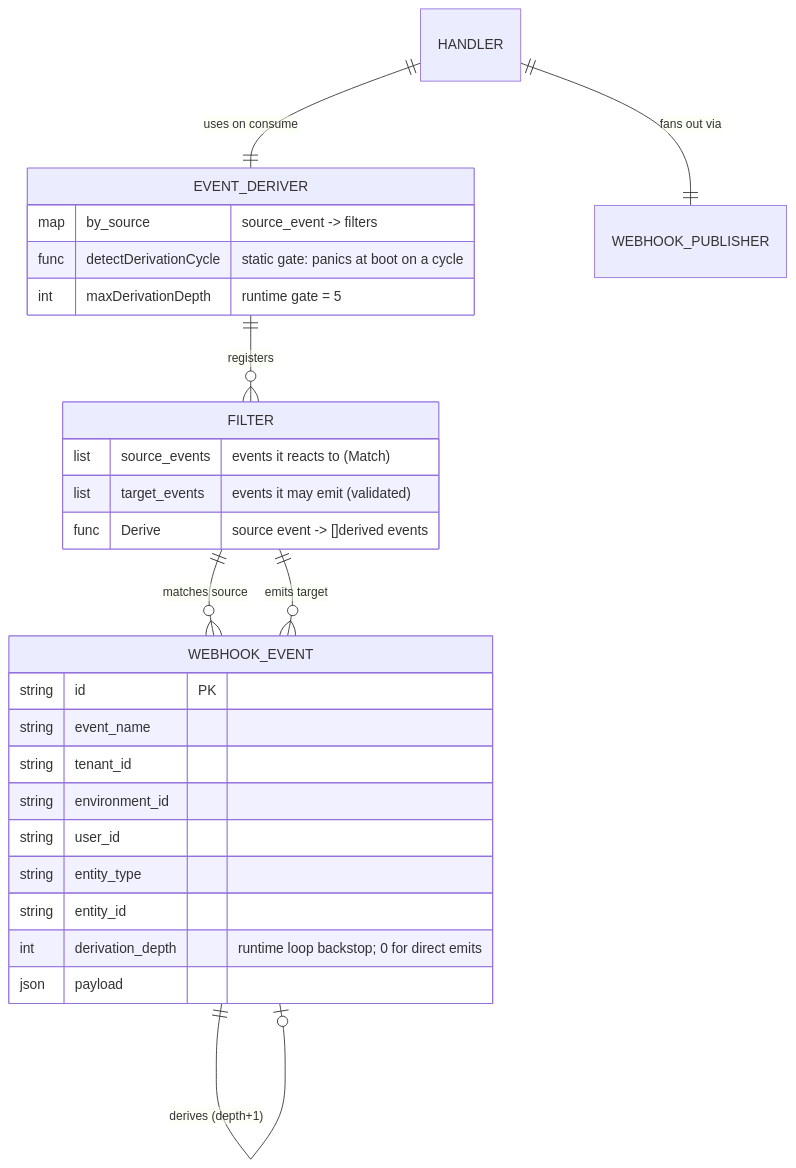
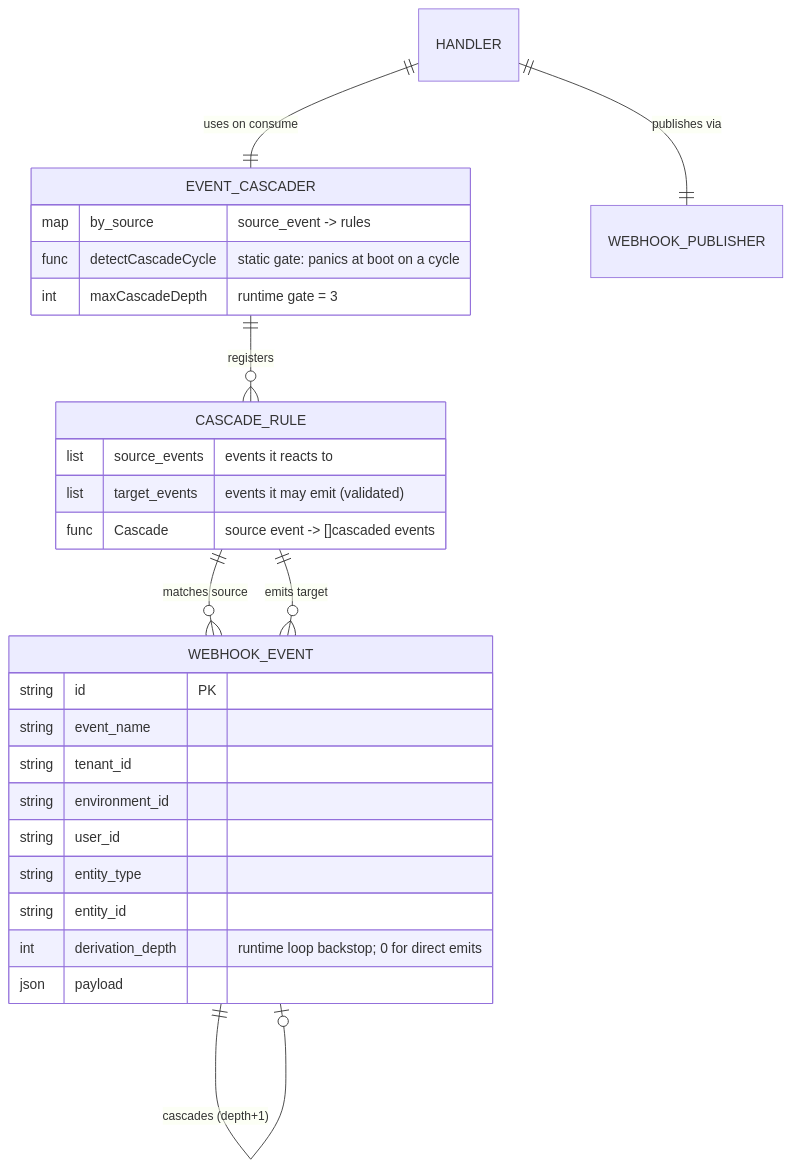
One commit to flexprice/flexprice changed the first of 2 diagrams in docs/design/2026-07-24-subscription-updated-webhook-derivation.md. Above: the diagram before and after it, drawn with Mermaid. The commit also changed other lines of this file and 8 other files, not shown here.

````diff
--- a/docs/design/2026-07-24-subscription-updated-webhook-derivation.md
+++ b/docs/design/2026-07-24-subscription-updated-webhook-derivation.md
@@ -40,33 +40,33 @@
 ```mermaid
 erDiagram
-    WEBHOOK_EVENT ||--o| WEBHOOK_EVENT : "derives (depth+1)"
-    EVENT_DERIVER ||--o{ FILTER : "registers"
-    FILTER ||--o{ WEBHOOK_EVENT : "matches source"
-    FILTER ||--o{ WEBHOOK_EVENT : "emits target"
-    HANDLER ||--|| EVENT_DERIVER : "uses on consume"
-    HANDLER ||--|| WEBHOOK_PUBLISHER : "fans out via"
+    WEBHOOK_EVENT ||--o| WEBHOOK_EVENT : "cascades (depth+1)"
+    EVENT_CASCADER ||--o{ CASCADE_RULE : "registers"
+    CASCADE_RULE ||--o{ WEBHOOK_EVENT : "matches source"
+    CASCADE_RULE ||--o{ WEBHOOK_EVENT : "emits target"
+    HANDLER ||--|| EVENT_CASCADER : "uses on consume"
+    HANDLER ||--|| WEBHOOK_PUBLISHER : "publishes via"
 
     WEBHOOK_EVENT {
         string id PK
         string event_name
         string tenant_id
         string environment_id
         string user_id
         string entity_type
         string entity_id
         int derivation_depth "runtime loop backstop; 0 for direct emits"
         json payload
     }
 
-    FILTER {
-        list source_events "events it reacts to (Match)"
+    CASCADE_RULE {
+        list source_events "events it reacts to"
         list target_events "events it may emit (validated)"
-        func Derive "source event -> []derived events"
+        func Cascade "source event -> []cascaded events"
     }
 
-    EVENT_DERIVER {
-        map by_source "source_event -> filters"
-        func detectDerivationCycle "static gate: panics at boot on a cycle"
-        int maxDerivationDepth "runtime gate = 5"
+    EVENT_CASCADER {
+        map by_source "source_event -> rules"
+        func detectCascadeCycle "static gate: panics at boot on a cycle"
+        int maxCascadeDepth "runtime gate = 3"
     }
 ```
````
